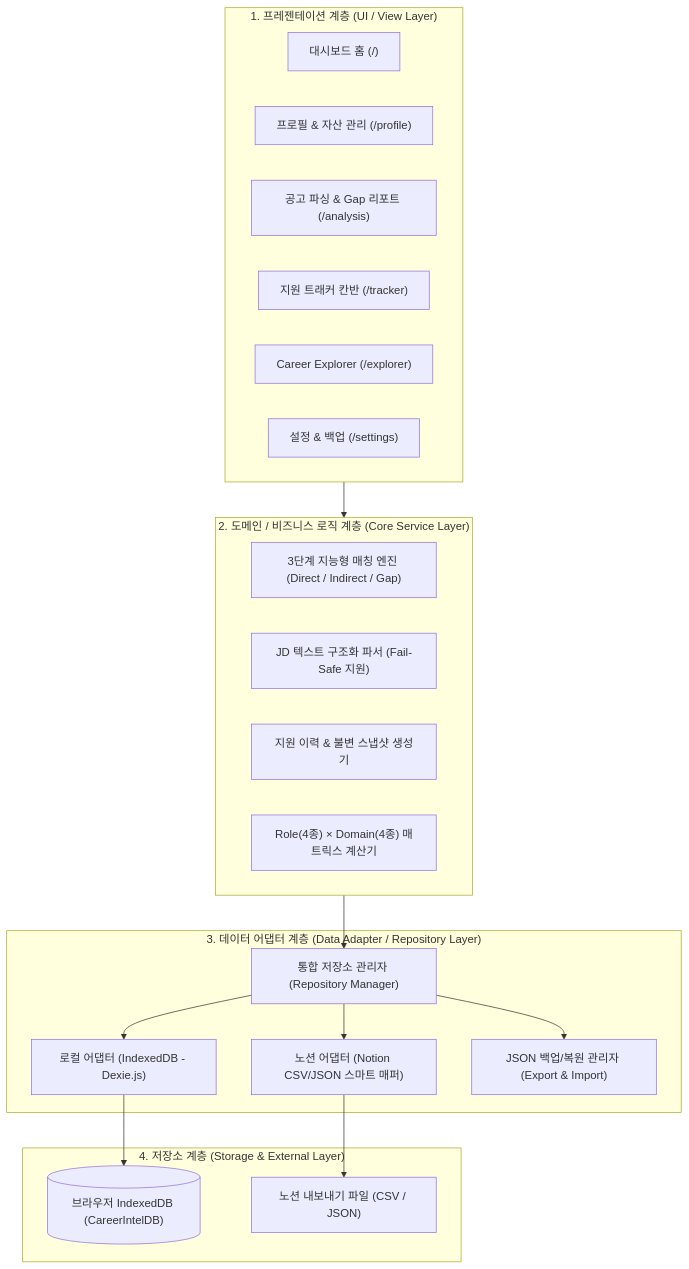
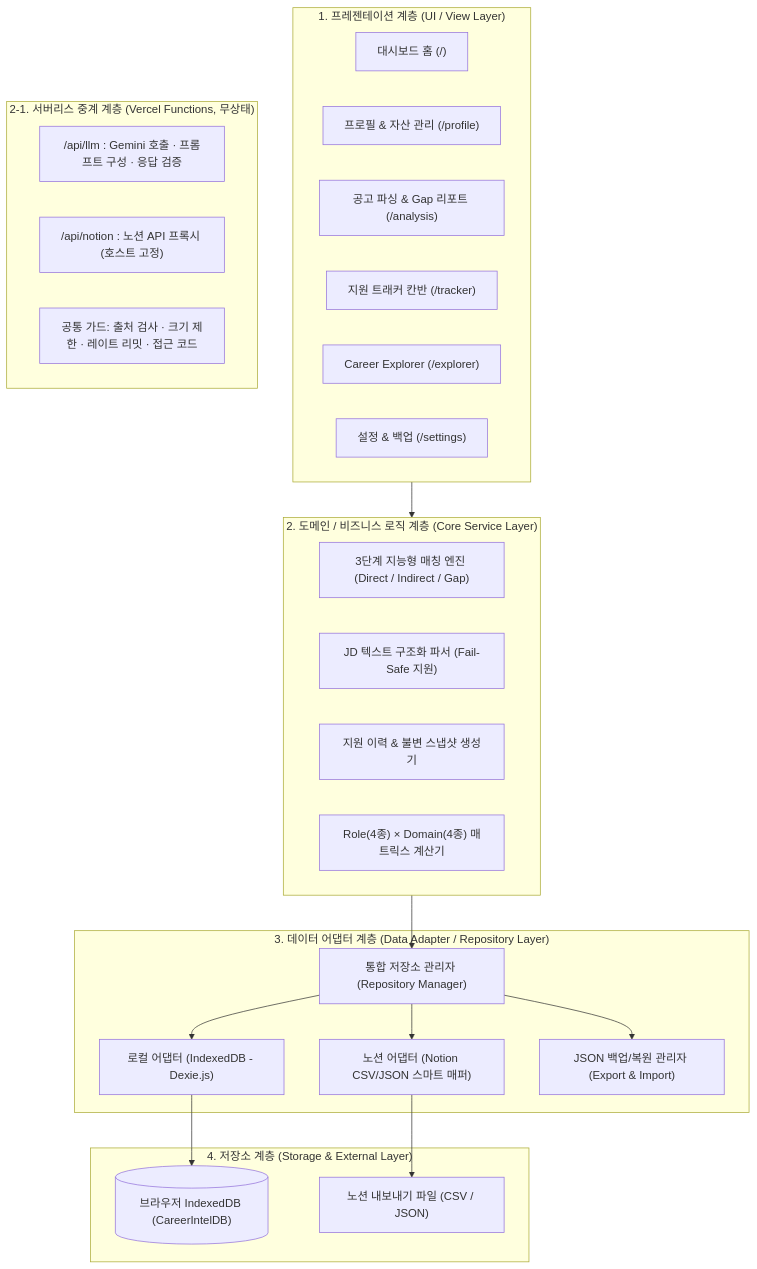
One commit to finneKIM/career-intelligence changed the diagram in docs/ARCHITECTURE.md. Above: the diagram before and after it, drawn with Mermaid. The commit also changed other lines of this file and 8 other files, not shown here.

````diff
--- a/docs/ARCHITECTURE.md
+++ b/docs/ARCHITECTURE.md
@@ -19,38 +20,44 @@
 ```mermaid
 flowchart TD
     subgraph UI ["1. 프레젠테이션 계층 (UI / View Layer)"]
         Dashboard["대시보드 홈 (/)"]
         ProfileView["프로필 & 자산 관리 (/profile)"]
         AnalysisView["공고 파싱 & Gap 리포트 (/analysis)"]
         TrackerView["지원 트래커 칸반 (/tracker)"]
         ExplorerView["Career Explorer (/explorer)"]
         SettingsView["설정 & 백업 (/settings)"]
     end
 
     subgraph Service ["2. 도메인 / 비즈니스 로직 계층 (Core Service Layer)"]
         MatchingEngine["3단계 지능형 매칭 엔진 (Direct / Indirect / Gap)"]
         JDParser["JD 텍스트 구조화 파서 (Fail-Safe 지원)"]
         SnapshotService["지원 이력 & 불변 스냅샷 생성기"]
         ExplorerEngine["Role(4종) × Domain(4종) 매트릭스 계산기"]
+    end
+
+    subgraph Serverless ["2-1. 서버리스 중계 계층 (Vercel Functions, 무상태)"]
+        ApiLlm["/api/llm : Gemini 호출 · 프롬프트 구성 · 응답 검증"]
+        ApiNotion["/api/notion : 노션 API 프록시 (호스트 고정)"]
+        Guard["공통 가드: 출처 검사 · 크기 제한 · 레이트 리밋 · 접근 코드"]
     end
 
     subgraph Adapter ["3. 데이터 어댑터 계층 (Data Adapter / Repository Layer)"]
         RepoManager["통합 저장소 관리자 (Repository Manager)"]
         DexieAdapter["로컬 어댑터 (IndexedDB - Dexie.js)"]
         NotionAdapter["노션 어댑터 (Notion CSV/JSON 스마트 매퍼)"]
         BackupAdapter["JSON 백업/복원 관리자 (Export & Import)"]
     end
 
     subgraph Storage ["4. 저장소 계층 (Storage & External Layer)"]
         LocalIDB[("브라우저 IndexedDB (CareerIntelDB)")]
         NotionFiles["노션 내보내기 파일 (CSV / JSON)"]
     end
 
     UI --> Service
     Service --> RepoManager
     RepoManager --> DexieAdapter
     RepoManager --> NotionAdapter
     RepoManager --> BackupAdapter
     DexieAdapter --> LocalIDB
     NotionAdapter --> NotionFiles
 ```
````
